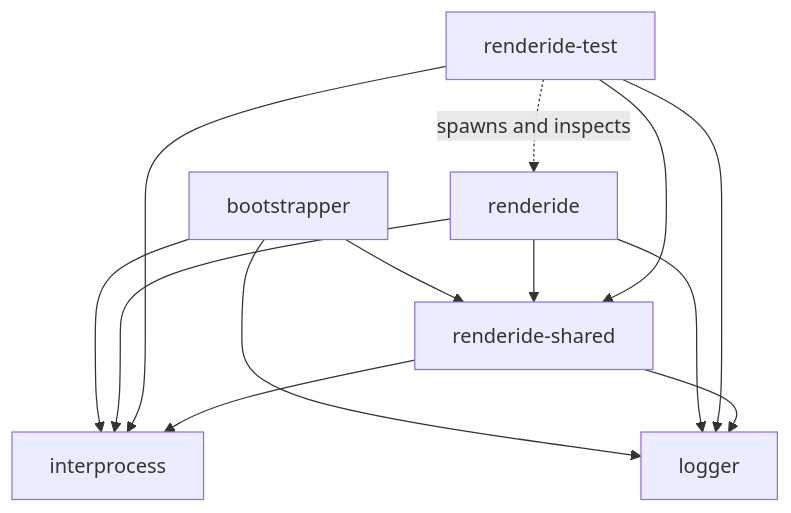
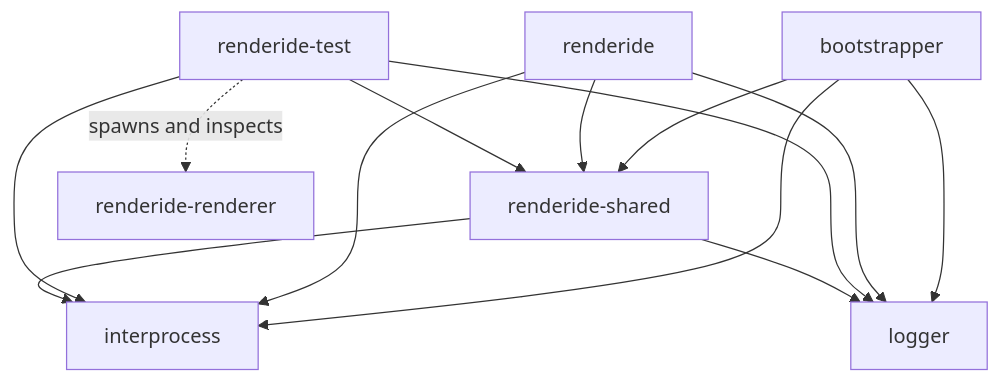
The second of 10 diagrams in CONTRIBUTING.md (DoubleStyx/Renderide), drawn with Mermaid before and after one commit. The commit also changed other lines of this file, not shown here.

Commit message:
Update contributor guide for current renderer layout

````diff
--- a/CONTRIBUTING.md
+++ b/CONTRIBUTING.md
@@ -138,15 +140,15 @@
 ```mermaid
 flowchart TB
     bootstrapper --> interprocess
     bootstrapper --> logger
     bootstrapper --> renderide_shared[renderide-shared]
     renderide --> interprocess
     renderide --> logger
     renderide --> renderide_shared
     renderide_test[renderide-test] --> interprocess
     renderide_test --> logger
     renderide_test --> renderide_shared
-    renderide_test -. spawns and inspects .-> renderide
+    renderide_test -. spawns and inspects .-> renderide_renderer[renderide-renderer]
     renderide_shared --> interprocess
     renderide_shared --> logger
 ```
````
